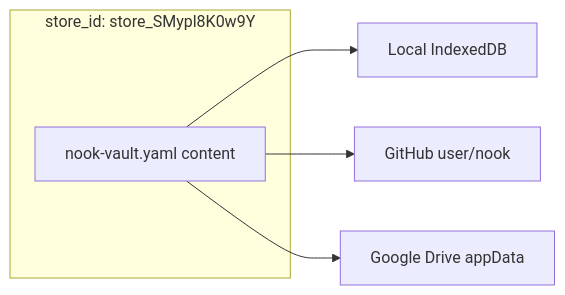
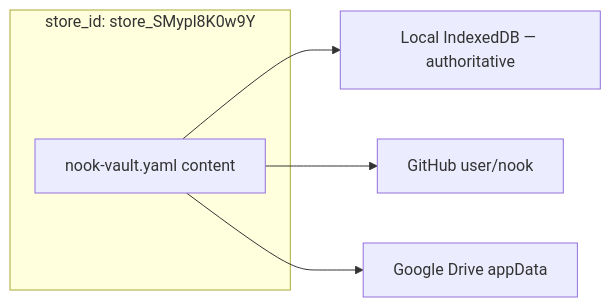
The diagram in .cortex/design-docs/secret-store-identity.md (meta-secret/nook), drawn with Mermaid before and after one commit. The commit also changed other lines of this file and 12 other files, not shown here.

First line of the commit message:
Add unified vault architecture with version-based sync foundation.

````diff
--- a/.cortex/design-docs/secret-store-identity.md
+++ b/.cortex/design-docs/secret-store-identity.md
@@ -69,9 +71,9 @@
 ```mermaid
 flowchart LR
   subgraph store["store_id: store_SMypl8K0w9Y"]
     V[nook-vault.yaml content]
   end
-  V --> L[Local IndexedDB]
+  V --> L[Local IndexedDB — authoritative]
   V --> G[GitHub user/nook]
   V --> D[Google Drive appData]
 ```
````
